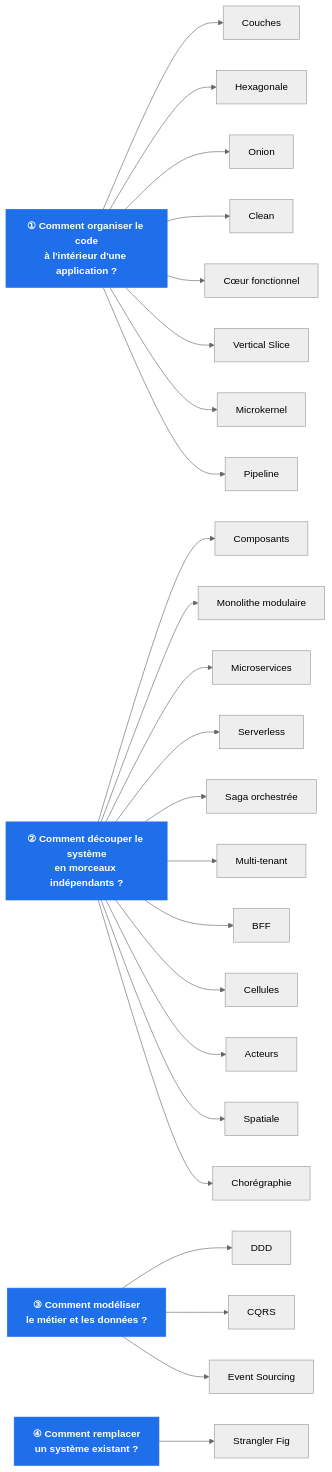
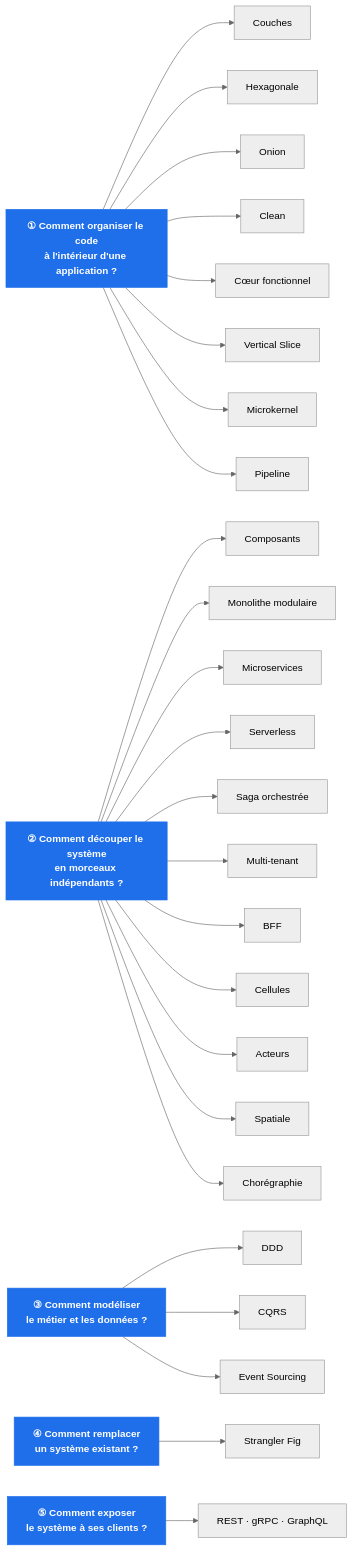
The first of 4 diagrams in Docs/README.md (drangoht/ArchitecturesDemo), drawn with Mermaid (neutral theme) before and after one commit. The commit also changed other lines of this file and 42 other files, not shown here.

First line of the commit message:
Ajoute la démo REST, gRPC, GraphQL (styles d'API)

````diff
--- a/Docs/README.md
+++ b/Docs/README.md
@@ -50,37 +52,40 @@
 ```mermaid
 flowchart LR
     Q1["<b>① Comment organiser le code<br/>à l'intérieur d'une application ?</b>"]
     Q2["<b>② Comment découper le système<br/>en morceaux indépendants ?</b>"]
     Q3["<b>③ Comment modéliser<br/>le métier et les données ?</b>"]
     Q4["<b>④ Comment remplacer<br/>un système existant ?</b>"]
+    Q5["<b>⑤ Comment exposer<br/>le système à ses clients ?</b>"]
 
     Q1 --> C0["Couches"]
     Q1 --> C1["Hexagonale"]
     Q1 --> C2["Onion"]
     Q1 --> C3["Clean"]
     Q1 --> C4["Cœur fonctionnel"]
     Q1 --> C5["Vertical Slice"]
     Q1 --> C13["Microkernel"]
     Q1 --> C20["Pipeline"]
 
     Q2 --> D6["Composants"]
     Q2 --> D7["Monolithe modulaire"]
     Q2 --> D8["Microservices"]
     Q2 --> D12["Serverless"]
     Q2 --> D14["Saga orchestrée"]
     Q2 --> D15["Multi-tenant"]
     Q2 --> D16["BFF"]
     Q2 --> D17["Cellules"]
     Q2 --> D18["Acteurs"]
     Q2 --> D19["Spatiale"]
     Q2 --> D21["Chorégraphie"]
 
     Q3 --> M11["DDD"]
     Q3 --> M9["CQRS"]
     Q3 --> M10["Event Sourcing"]
 
     Q4 --> S22["Strangler Fig"]
 
+    Q5 --> E23["REST · gRPC · GraphQL"]
+
     classDef q fill:#1f6feb,color:#fff,stroke:#1f6feb
-    class Q1,Q2,Q3,Q4 q
+    class Q1,Q2,Q3,Q4,Q5 q
 ```
````
